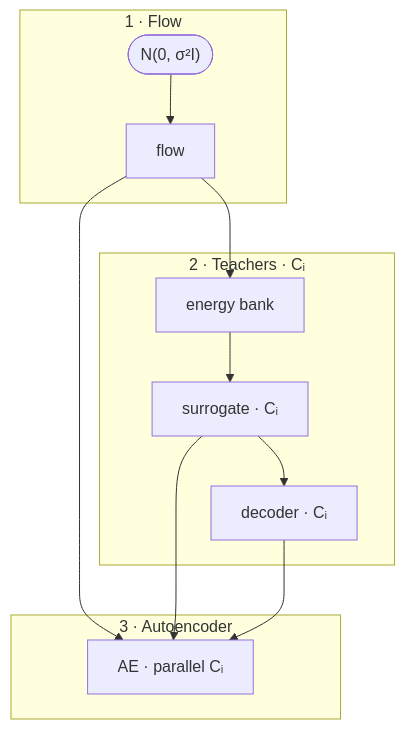
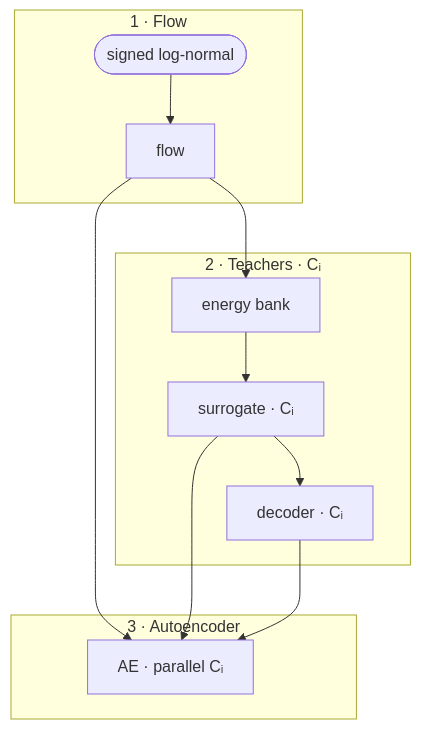
The first of 2 diagrams in README.md (matovitch/lpap), drawn with Mermaid before and after one commit. The commit also changed 2 other files, not shown here.

Commit message:
Document signed log-normal flow prior in the README.
Update the training mermaid and molab launcher comments to match the new energy prior.

````diff
--- a/README.md
+++ b/README.md
@@ -38,17 +38,17 @@
 ```mermaid
 flowchart TB
   subgraph s1 ["1 · Flow"]
-    prior(["N(0, σ²I)"]) --> flow[flow]
+    prior(["signed log-normal"]) --> flow[flow]
   end
   subgraph s2 ["2 · Teachers · Cᵢ"]
     bank[energy bank] --> sur["surrogate · Cᵢ"]
     sur --> dec["decoder · Cᵢ"]
   end
   subgraph s3 ["3 · Autoencoder"]
     ae["AE · parallel Cᵢ"]
   end
   flow --> bank
   flow --> ae
   sur --> ae
   dec --> ae
 ```
````
